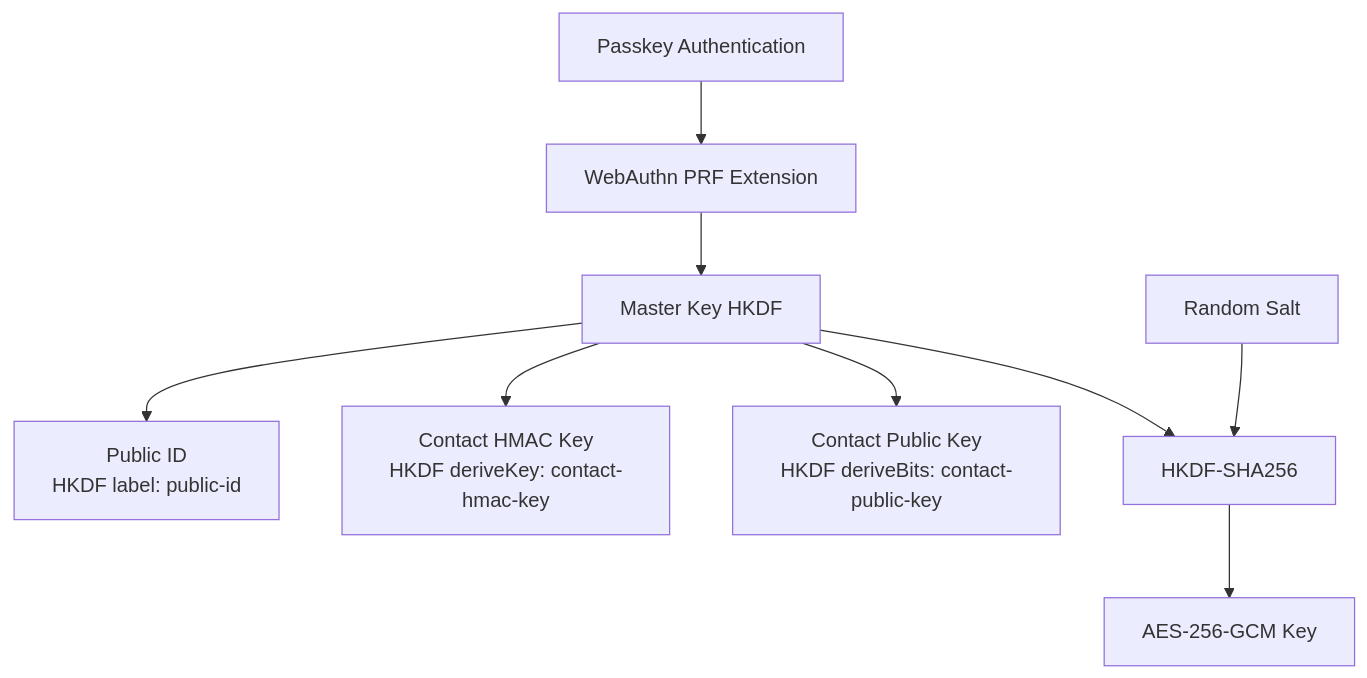
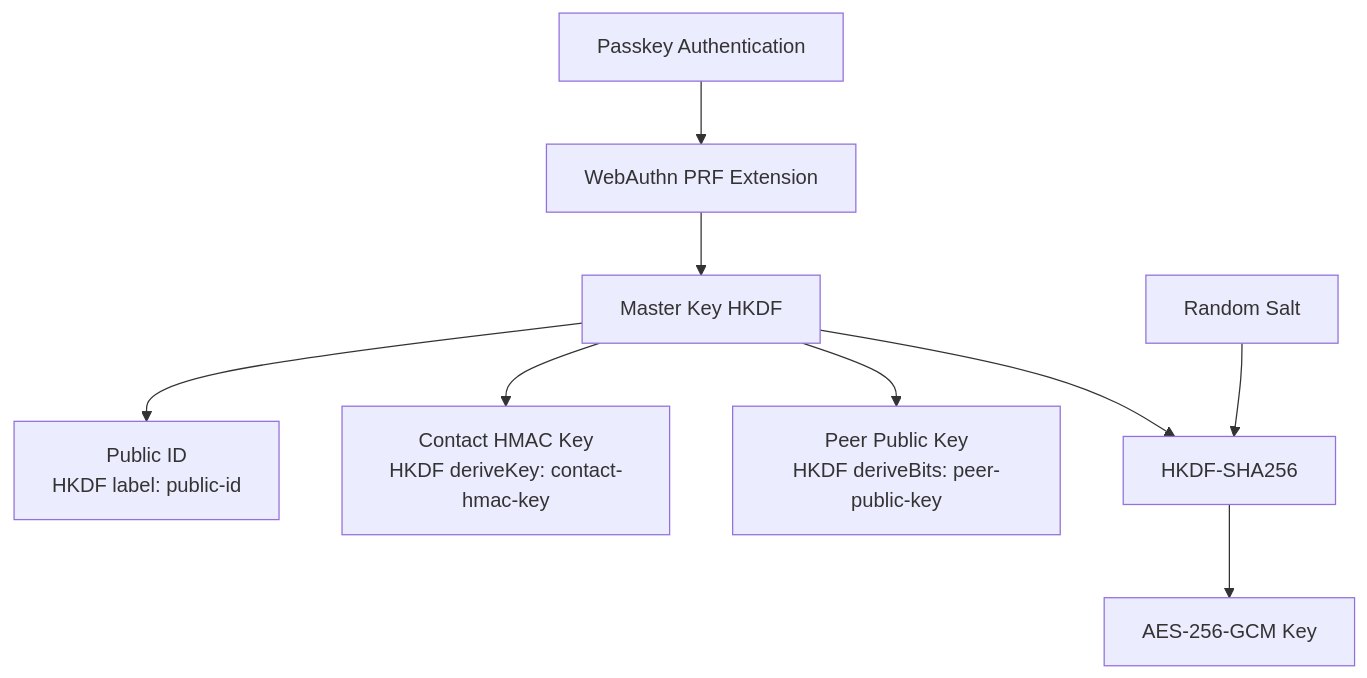
The sixth of 10 diagrams in docs/ARCHITECTURE.md (andrewtheguy/secure-send-web), drawn with Mermaid before and after one commit. The commit also changed other lines of this file and 2 other files, not shown here.

Commit message:
docs: Update README and ARCHITECTURE to include Identity Card TTL and format details

````diff
--- a/docs/ARCHITECTURE.md
+++ b/docs/ARCHITECTURE.md
@@ -392,11 +404,11 @@
 ```mermaid
 flowchart TD
     Passkey[Passkey Authentication] --> PRF[WebAuthn PRF Extension]
     PRF --> MasterKey[Master Key HKDF]
     MasterKey --> PublicId[Public ID<br/>HKDF label: public-id]
     MasterKey --> ContactHmac[Contact HMAC Key<br/>HKDF deriveKey: contact-hmac-key]
-    MasterKey --> ContactPub[Contact Public Key<br/>HKDF deriveBits: contact-public-key]
+    MasterKey --> ContactPub[Peer Public Key<br/>HKDF deriveBits: peer-public-key]
     Salt[Random Salt] --> HKDF[HKDF-SHA256]
     MasterKey --> HKDF
     HKDF --> AESKey[AES-256-GCM Key]
 ```
````
